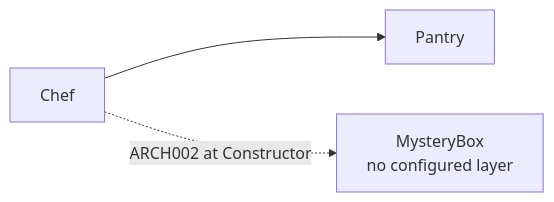
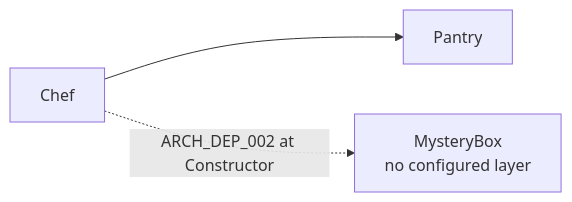
The diagram in docs/configuration/require-recognized-dependencies.md (RonSijm/RonSijm.AnaalIJzer), drawn with Mermaid before and after one commit. The commit also changed other lines of this file and 704 other files, not shown here.

````diff
--- a/docs/configuration/require-recognized-dependencies.md
+++ b/docs/configuration/require-recognized-dependencies.md
@@ -23,5 +23,5 @@
 ```mermaid
 flowchart LR
     Chef --> Pantry
-    Chef -. "ARCH002 at Constructor" .-> Mystery["MysteryBox<br/>no configured layer"]
+    Chef -. "ARCH_DEP_002 at Constructor" .-> Mystery["MysteryBox<br/>no configured layer"]
 ```
````
